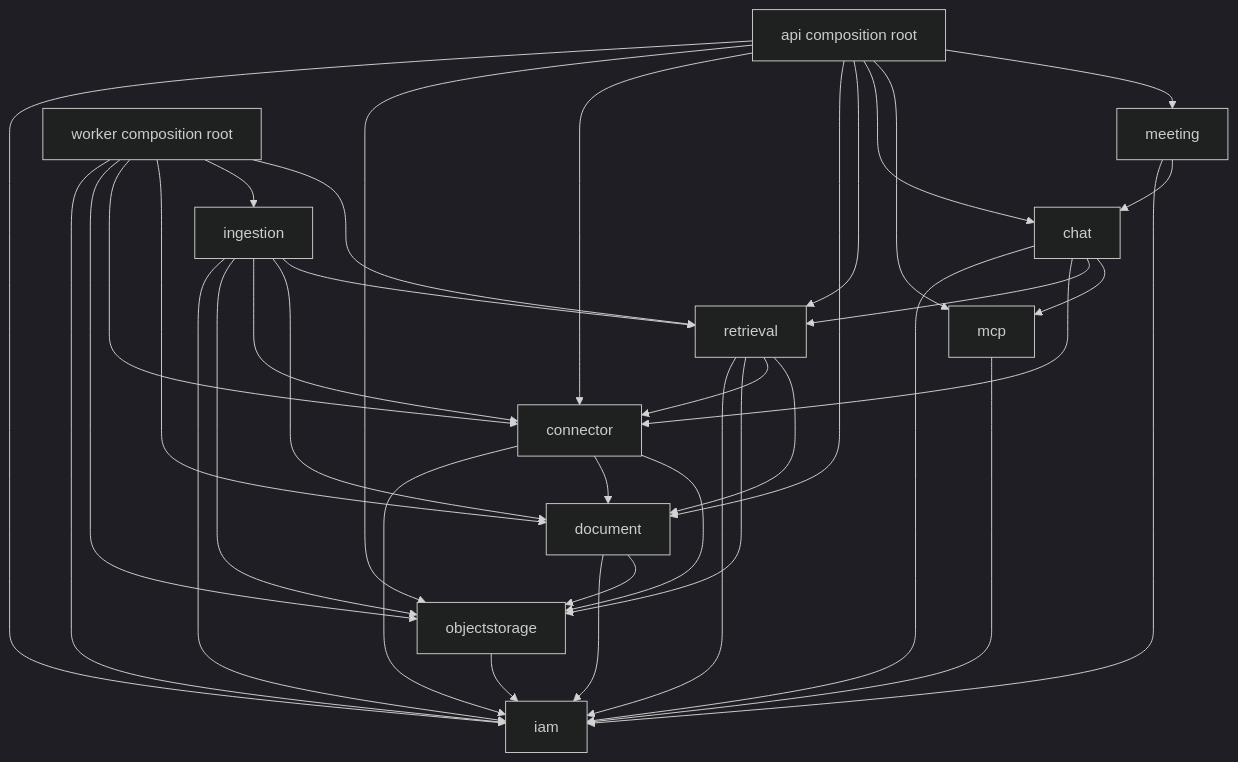
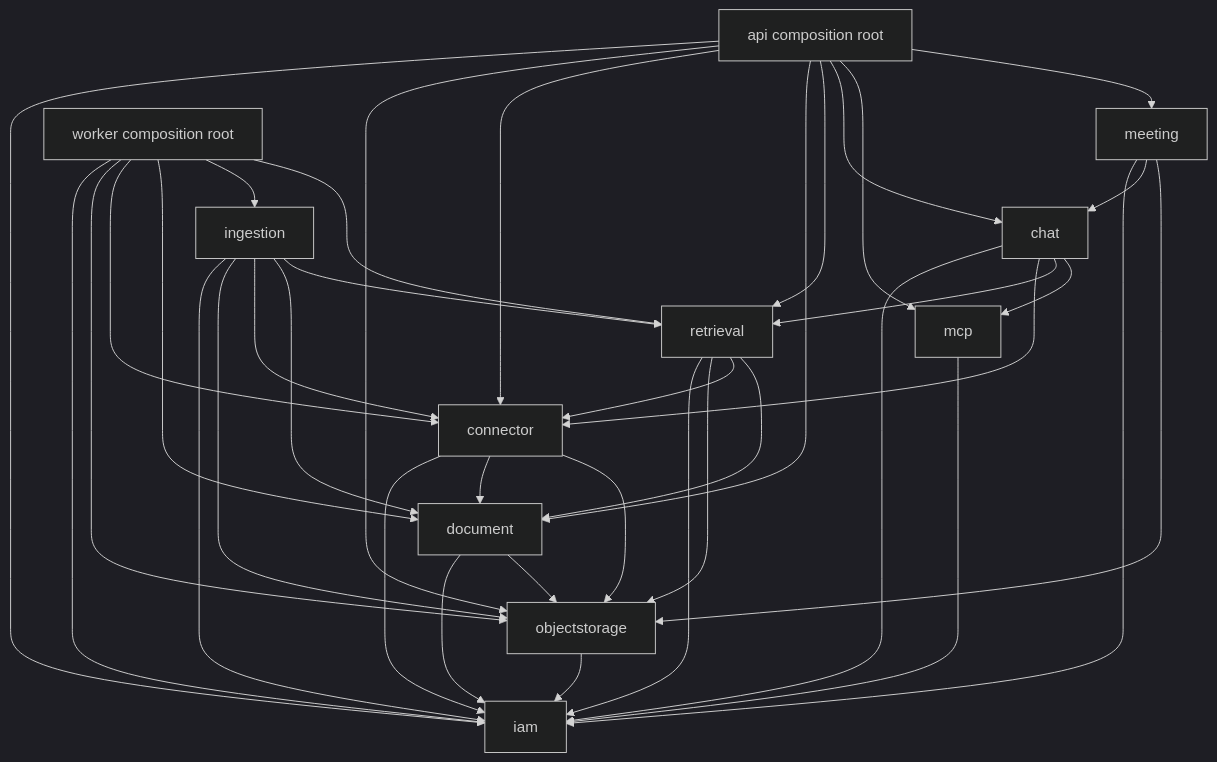
The second of 6 diagrams in ARCHITECTURE.md (kl3inIT/MemoryOS), drawn with Mermaid (dark theme) before and after one commit. The commit also changed other lines of this file and 31 other files, not shown here.

````diff
--- a/ARCHITECTURE.md
+++ b/ARCHITECTURE.md
@@ -48,50 +48,51 @@
 ```mermaid
 flowchart TB
     IAM[iam]
     OBJ[objectstorage]
     CON[connector]
     DOC[document]
     ING[ingestion]
     RET[retrieval]
     CHAT[chat]
     MCP[mcp]
     MEET[meeting]
 
     MCP --> IAM
     OBJ --> IAM
     DOC --> IAM
     DOC --> OBJ
     CON --> IAM
     CON --> DOC
     CON --> OBJ
     ING --> IAM
     ING --> OBJ
     ING --> CON
     ING --> DOC
     ING --> RET
     RET --> IAM
     RET --> OBJ
     RET --> CON
     RET --> DOC
     CHAT --> IAM
     CHAT --> CON
     CHAT --> RET
     CHAT --> MCP
     MEET --> IAM
     MEET --> CHAT
+    MEET --> OBJ
 
     API[api composition root] --> IAM
     API --> OBJ
     API --> CON
     API --> DOC
     API --> RET
     API --> CHAT
     API --> MCP
     API --> MEET
     WORKER[worker composition root] --> IAM
     WORKER --> OBJ
     WORKER --> CON
     WORKER --> DOC
     WORKER --> ING
     WORKER --> RET
 ```
````
